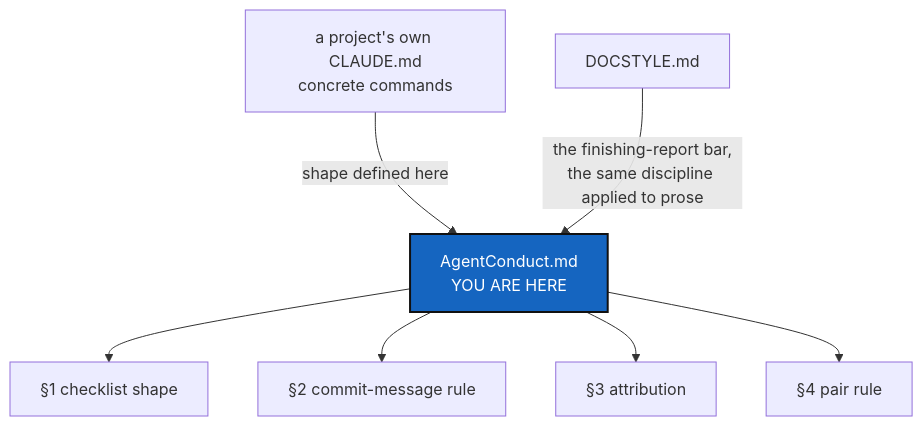
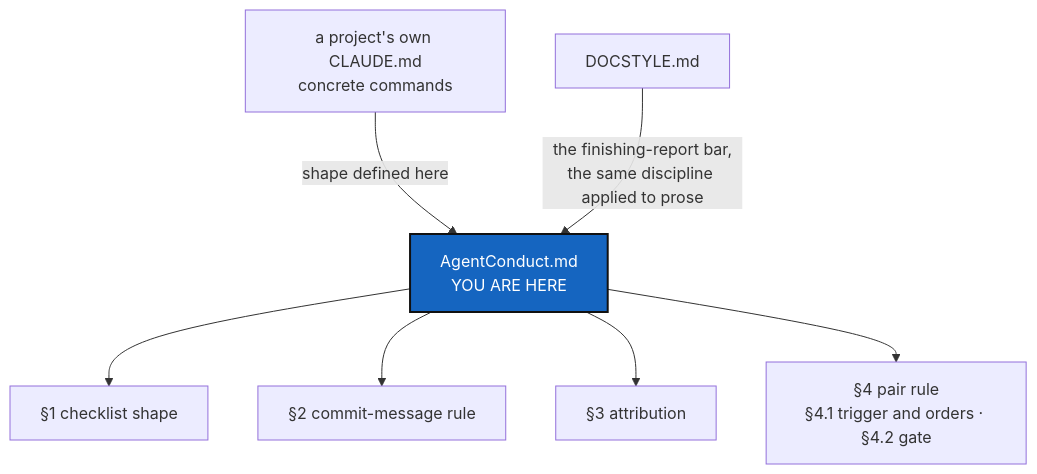
Before and after one commit to flipoyo/DevSpec: the diagram in AgentConduct.md, drawn with Mermaid. The commit also changed other lines of this file and 2 other files, not shown here.

````diff
--- a/AgentConduct.md
+++ b/AgentConduct.md
@@ -39,12 +40,12 @@
 ```mermaid
 graph TD
     CLAUDE["a project's own CLAUDE.md<br/>concrete commands"] -->|"shape defined here"| AC["AgentConduct.md<br/>YOU ARE HERE"]
     AC --> CL["§1 checklist shape"]
     AC --> CM["§2 commit-message rule"]
     AC --> AT["§3 attribution"]
-    AC --> PR["§4 pair rule"]
+    AC --> PR["§4 pair rule<br/>§4.1 trigger and orders · §4.2 gate"]
     STYLE["DOCSTYLE.md"] -->|"the finishing-report bar,<br/>the same discipline applied to prose"| AC
 
     classDef here fill:#1565C0,color:#fff,stroke:#111,stroke-width:2px;
     class AC here;
 ```
````
